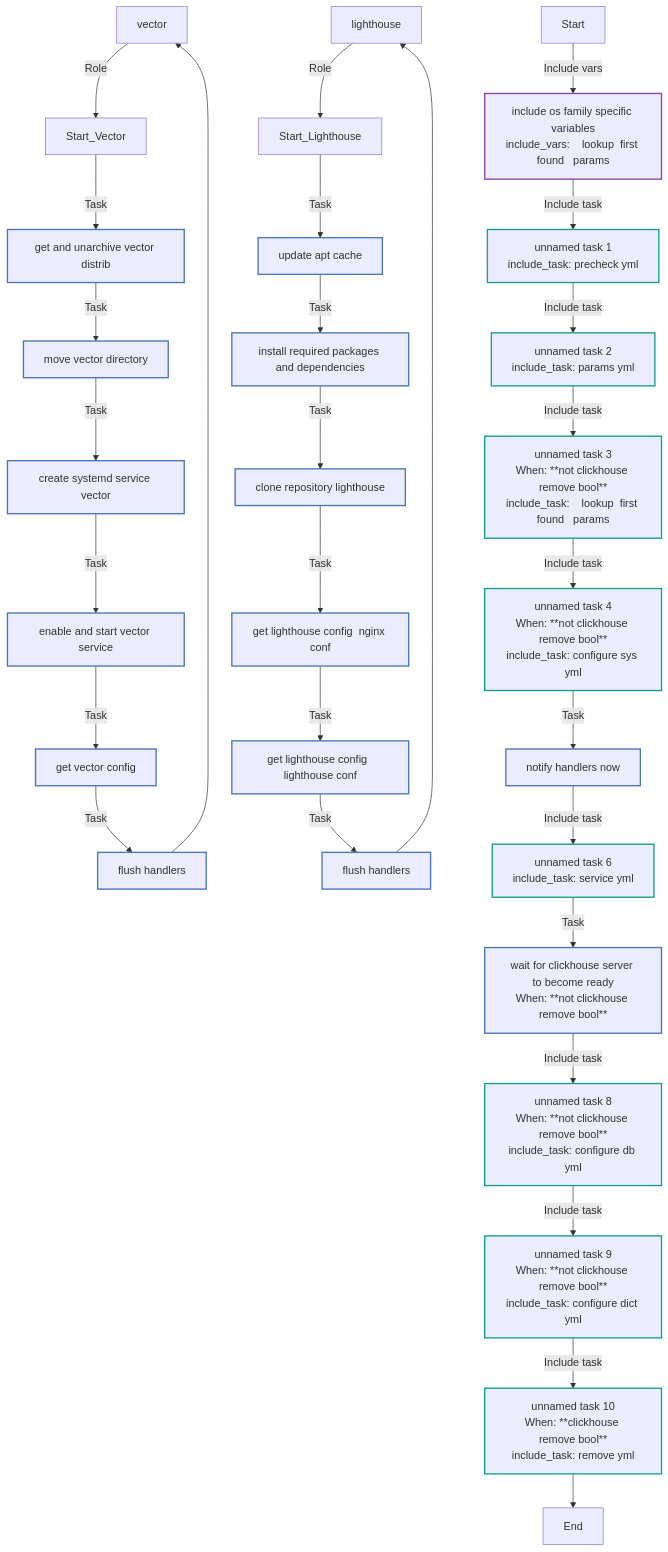
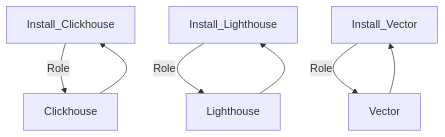
One commit to tvm2360/08-ansible-04-role changed the diagram in README.md. Above: the diagram before and after it, drawn with Mermaid.

Commit message:
Add stage 1

````diff
--- a/README.md
+++ b/README.md
@@ -28,42 +27,21 @@
 ```mermaid
 flowchart TD
 classDef block stroke:#3498db,stroke-width:2px;
 classDef task stroke:#4b76bb,stroke-width:2px;
 classDef includeTasks stroke:#16a085,stroke-width:2px;
 classDef importTasks stroke:#34495e,stroke-width:2px;
 classDef includeRole stroke:#2980b9,stroke-width:2px;
 classDef importRole stroke:#699ba7,stroke-width:2px;
 classDef includeVars stroke:#8e44ad,stroke-width:2px;
 classDef rescue stroke:#665352,stroke-width:2px;
 
-  vector-->|Role| Start_Vector
-  Start_Vector-->|Task| Get_and_Unarchive_vector_distrib0[get and unarchive vector distrib]:::task
-  Get_and_Unarchive_vector_distrib0-->|Task| Move_vector_directory1[move vector directory]:::task
-  Move_vector_directory1-->|Task| Create_systemd_service_Vector2[create systemd service vector]:::task
-  Create_systemd_service_Vector2-->|Task| Enable_and_start_Vector_service3[enable and start vector service]:::task
-  Enable_and_start_Vector_service3-->|Task| Get_vector_config4[get vector config]:::task
-  Get_vector_config4-->|Task| Flush_handlers5[flush handlers]:::task
-  Flush_handlers5-->vector[vector]
+  Install_Clickhouse -->|Role| Clickhouse
+  Clickhouse-->Install_Clickhouse[Install_Clickhouse]
 
-  lighthouse-->|Role| Start_Lighthouse
-  Start_Lighthouse-->|Task| Update_apt_cache0[update apt cache]:::task
-  Update_apt_cache0-->|Task| Install_required_packages_and_dependencies1[install required packages and dependencies]:::task
-  Install_required_packages_and_dependencies1-->|Task| Clone_repository_lighthouse2[clone repository lighthouse]:::task
-  Clone_repository_lighthouse2-->|Task| Get_lighthouse_config__nginx_conf_3[get lighthouse config  nginx conf ]:::task
-  Get_lighthouse_config__nginx_conf_3-->|Task| Get_lighthouse_config__lighthouse_conf_4[get lighthouse config  lighthouse conf ]:::task
-  Get_lighthouse_config__lighthouse_conf_4-->|Task| Flush_handlers6[flush handlers]:::task
-  Flush_handlers6-->lighthouse[lighthouse]
+  Install_Lighthouse -->|Role| Lighthouse
+  Lighthouse-->Install_Lighthouse[Install_Lighthouse]
 
-  Start-->|Include vars| ___lookup__first_found___params____0[include os family specific variables<br>include_vars:    lookup  first found   params    ]:::includeVars
-  ___lookup__first_found___params____0-->|Include task| precheck_yml1[unnamed task 1<br>include_task: precheck yml]:::includeTasks
-  precheck_yml1-->|Include task| params_yml2[unnamed task 2<br>include_task: params yml]:::includeTasks
-  params_yml2-->|Include task| ___lookup__first_found___params____3[unnamed task 3<br>When: **not clickhouse remove bool**<br>include_task:    lookup  first found   params    ]:::includeTasks
-  ___lookup__first_found___params____3-->|Include task| configure_sys_yml4[unnamed task 4<br>When: **not clickhouse remove bool**<br>include_task: configure sys yml]:::includeTasks
-  configure_sys_yml4-->|Task| Notify_Handlers_Now5[notify handlers now]:::task
-  Notify_Handlers_Now5-->|Include task| service_yml6[unnamed task 6<br>include_task: service yml]:::includeTasks
-  service_yml6-->|Task| Wait_for_Clickhouse_Server_to_Become_Ready7[wait for clickhouse server to become ready<br>When: **not clickhouse remove bool**]:::task
-  Wait_for_Clickhouse_Server_to_Become_Ready7-->|Include task| configure_db_yml8[unnamed task 8<br>When: **not clickhouse remove bool**<br>include_task: configure db yml]:::includeTasks
-  configure_db_yml8-->|Include task| configure_dict_yml9[unnamed task 9<br>When: **not clickhouse remove bool**<br>include_task: configure dict yml]:::includeTasks
-  configure_dict_yml9-->|Include task| remove_yml10[unnamed task 10<br>When: **clickhouse remove bool**<br>include_task: remove yml]:::includeTasks
-  remove_yml10-->End
+  Install_Vector -->|Role| Vector
+  Vector-->Install_Vector[Install_Vector]
+
 ```
````
